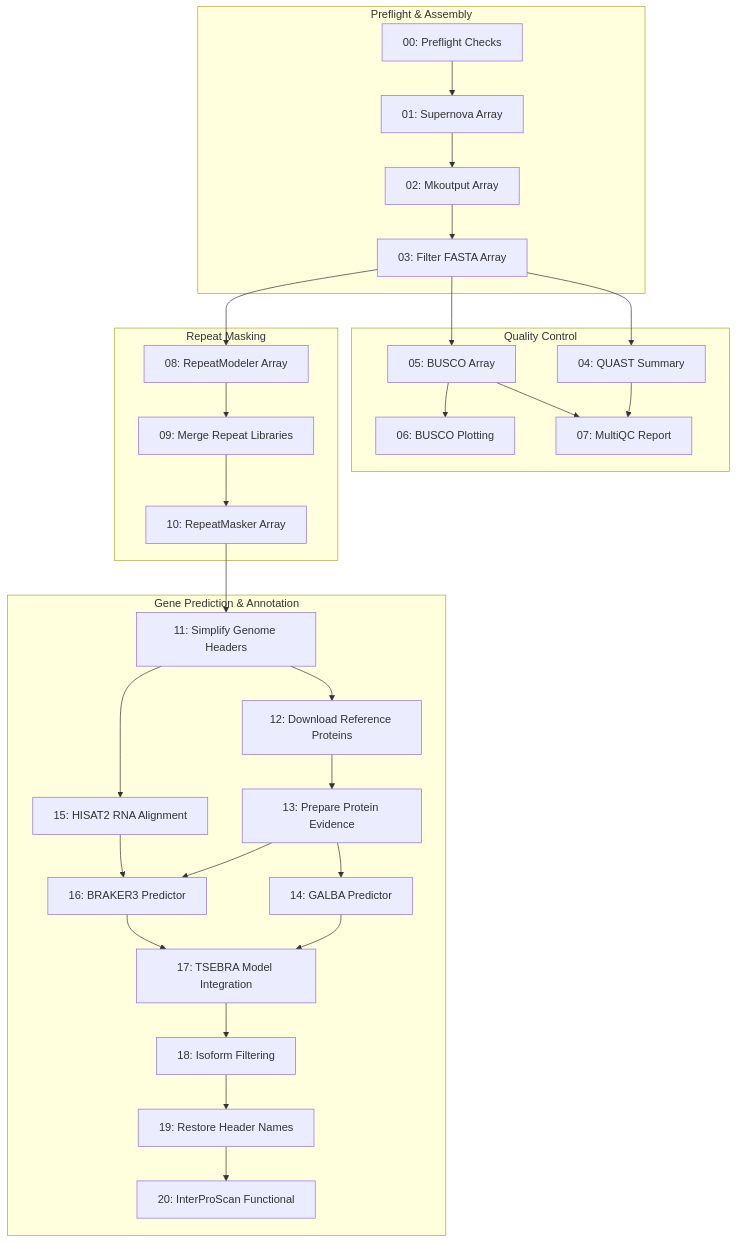
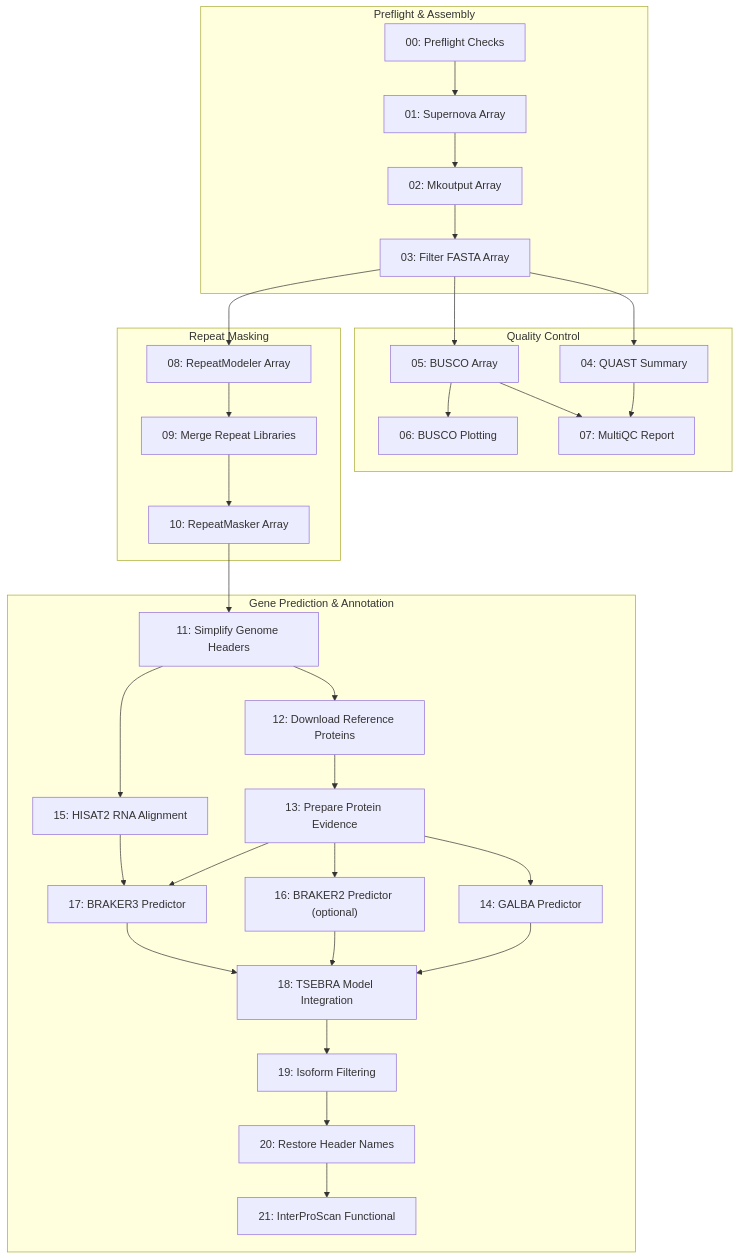
Before and after one commit to aleponce4/akodon-genome-assembly-workflow: the diagram in README.md, drawn with Mermaid. The commit also changed other lines of this file and 22 other files, not shown here.

````diff
--- a/README.md
+++ b/README.md
@@ -11,34 +22,35 @@
 ```mermaid
 flowchart TD
     subgraph Preflight ["Preflight & Assembly"]
         S00["00: Preflight Checks"] --> S01["01: Supernova Array"]
         S01 --> S02["02: Mkoutput Array"]
         S02 --> S03["03: Filter FASTA Array"]
     end
 
     subgraph QualityControl ["Quality Control"]
         S03 --> S04["04: QUAST Summary"]
         S03 --> S05["05: BUSCO Array"]
         S05 --> S06["06: BUSCO Plotting"]
         S04 & S05 --> S07["07: MultiQC Report"]
     end
 
     subgraph RepeatAnnotation ["Repeat Masking"]
         S03 --> S08["08: RepeatModeler Array"]
         S08 --> S09["09: Merge Repeat Libraries"]
         S09 --> S10["10: RepeatMasker Array"]
     end
 
     subgraph StructuralAnnotation ["Gene Prediction & Annotation"]
         S10 --> S11["11: Simplify Genome Headers"]
         S11 --> S12["12: Download Reference Proteins"]
         S12 --> S13["13: Prepare Protein Evidence"]
         S13 --> S14["14: GALBA Predictor"]
         S11 --> S15["15: HISAT2 RNA Alignment"]
-        S13 & S15 --> S16["16: BRAKER3 Predictor"]
-        S14 & S16 --> S17["17: TSEBRA Model Integration"]
-        S17 --> S18["18: Isoform Filtering"]
-        S18 --> S19["19: Restore Header Names"]
-        S19 --> S20["20: InterProScan Functional"]
+        S13 --> S16["16: BRAKER2 Predictor (optional)"]
+        S13 & S15 --> S17["17: BRAKER3 Predictor"]
+        S14 & S16 & S17 --> S18["18: TSEBRA Model Integration"]
+        S18 --> S19["19: Isoform Filtering"]
+        S19 --> S20["20: Restore Header Names"]
+        S20 --> S21["21: InterProScan Functional"]
     end
 ```
````
